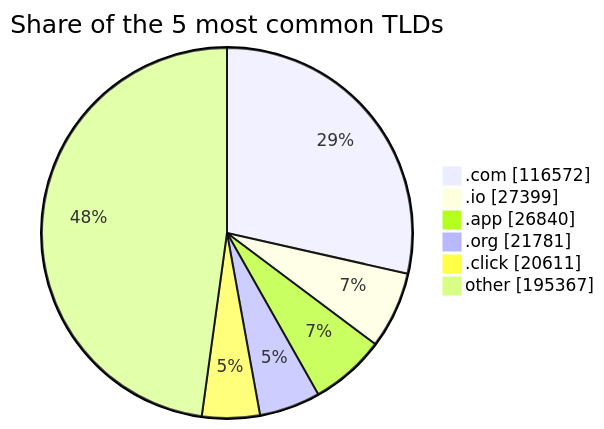
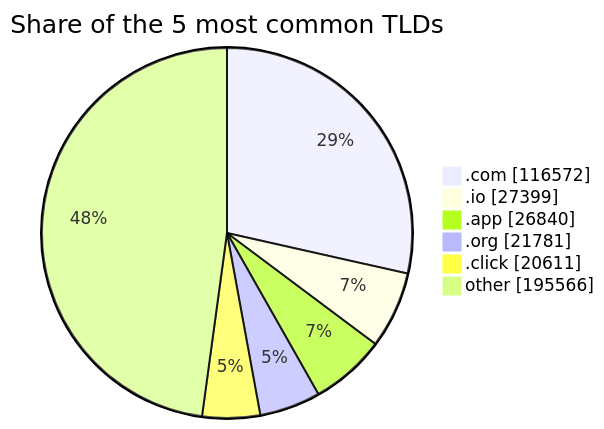
Before and after one commit to DNSBunker/CTI: the third of 3 diagrams in README.md, drawn with Mermaid. The commit also changed other lines of this file and 3 other files, not shown here.

````diff
--- a/README.md
+++ b/README.md
@@ -81,9 +81,9 @@
 ```mermaid
 pie showData title Share of the 5 most common TLDs
     ".com" : 116572
     ".io" : 27399
     ".app" : 26840
     ".org" : 21781
     ".click" : 20611
-    "other" : 195367
+    "other" : 195566
 ```
````
